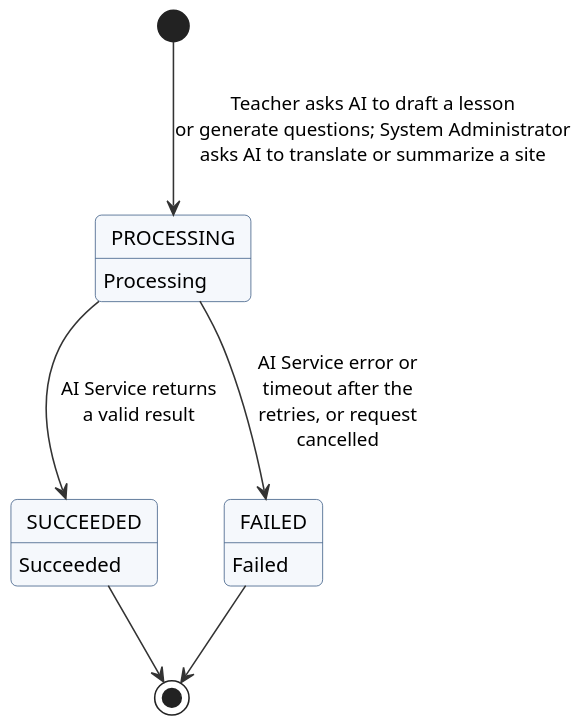
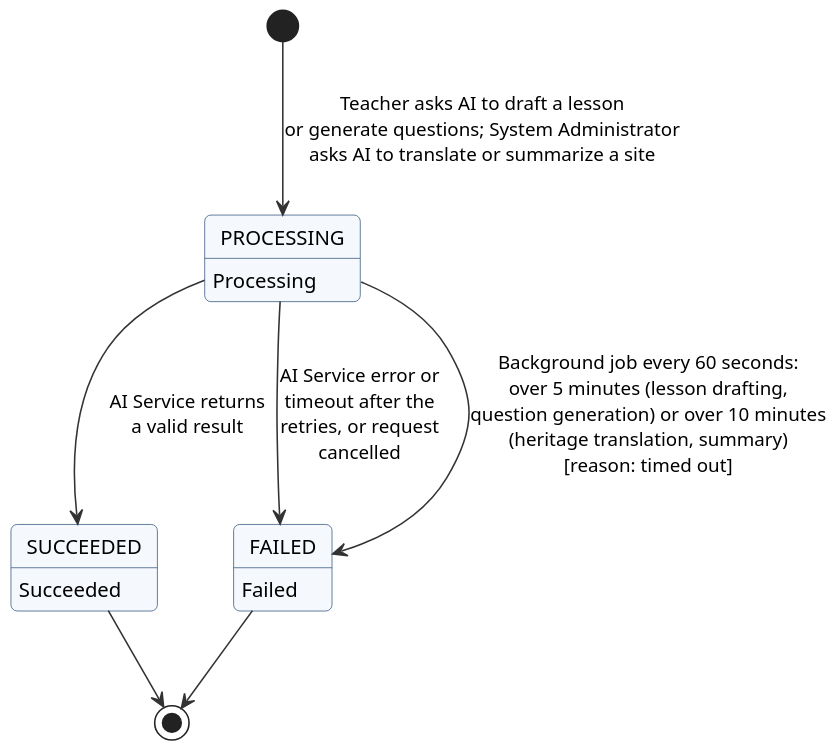
Before and after one commit to Nho2708/BE_Cultural_Heritage-: the diagram in docs/so-do/trang-thai-yeu-cau-ai.puml, drawn with PlantUML. The commit also changed 23 other files, not shown here.

First line of the commit message:
Update design diagrams and database overview to the current behavior (#50)

```diff
--- a/docs/so-do/trang-thai-yeu-cau-ai.puml
+++ b/docs/so-do/trang-thai-yeu-cau-ai.puml
@@ -1,35 +1,36 @@
 @startuml
 skinparam defaultFontName Arial
 skinparam defaultFontSize 13
 skinparam dpi 150
 skinparam shadowing false
 skinparam roundCorner 8
 skinparam ArrowColor #333333
 skinparam ArrowFontSize 12
 skinparam ActivityBackgroundColor #F5F8FC
 skinparam ActivityBorderColor #3B5B85
 skinparam ActivityDiamondBackgroundColor #FFF6E5
 skinparam ActivityDiamondBorderColor #B7791F
 skinparam SwimlaneTitleFontStyle bold
 skinparam StateBackgroundColor #F5F8FC
 skinparam StateBorderColor #3B5B85
 skinparam ComponentBackgroundColor #F5F8FC
 skinparam ComponentBorderColor #3B5B85
 skinparam NodeBackgroundColor #FFFFFF
 skinparam NodeBorderColor #555555
 skinparam DatabaseBackgroundColor #F5F8FC
 skinparam CloudBackgroundColor #FFFFFF
 skinparam ClassBackgroundColor #FFFFFF
 skinparam ClassBorderColor #3B5B85
 skinparam ClassHeaderBackgroundColor #E8EEF6
 skinparam PackageBorderColor #8A9BB3
 hide empty description
 state PROCESSING : Processing
 state SUCCEEDED : Succeeded
 state FAILED : Failed
 [*] --> PROCESSING : Teacher asks AI to draft a lesson\nor generate questions; System Administrator\nasks AI to translate or summarize a site
 PROCESSING --> SUCCEEDED : AI Service returns\na valid result
 PROCESSING --> FAILED : AI Service error or\ntimeout after the\nretries, or request\ncancelled
+PROCESSING --> FAILED : Background job every 60 seconds:\nover 5 minutes (lesson drafting,\nquestion generation) or over 10 minutes\n(heritage translation, summary)\n[reason: timed out]
 SUCCEEDED --> [*]
 FAILED --> [*]
 @enduml
```
